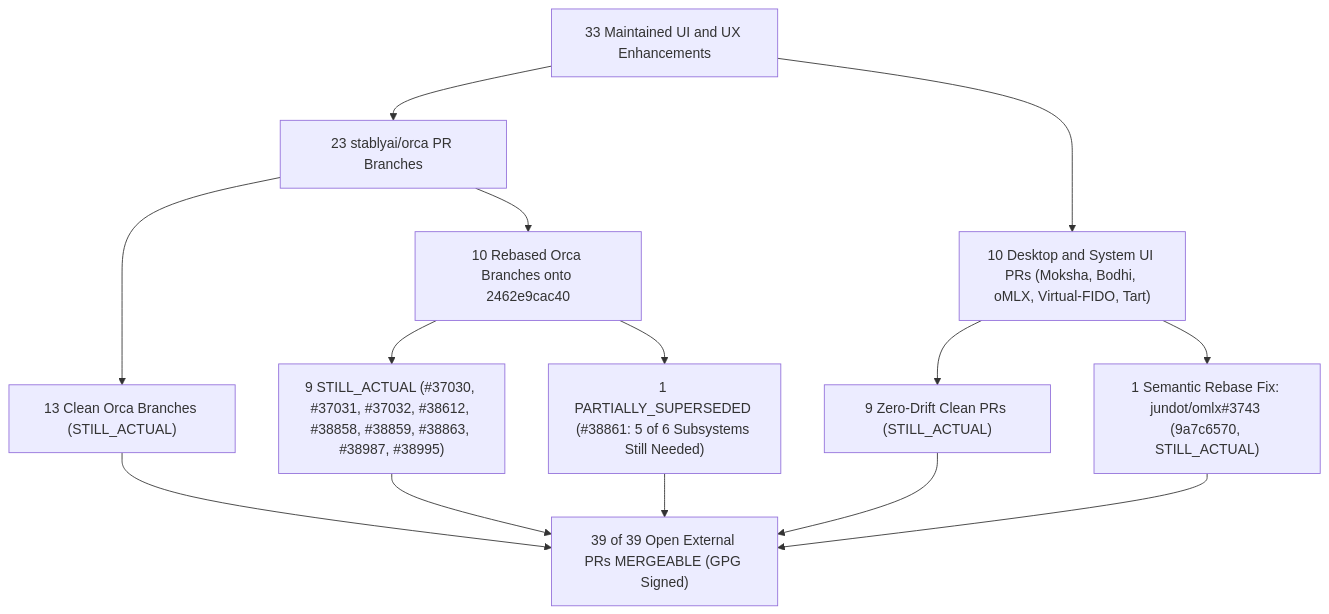
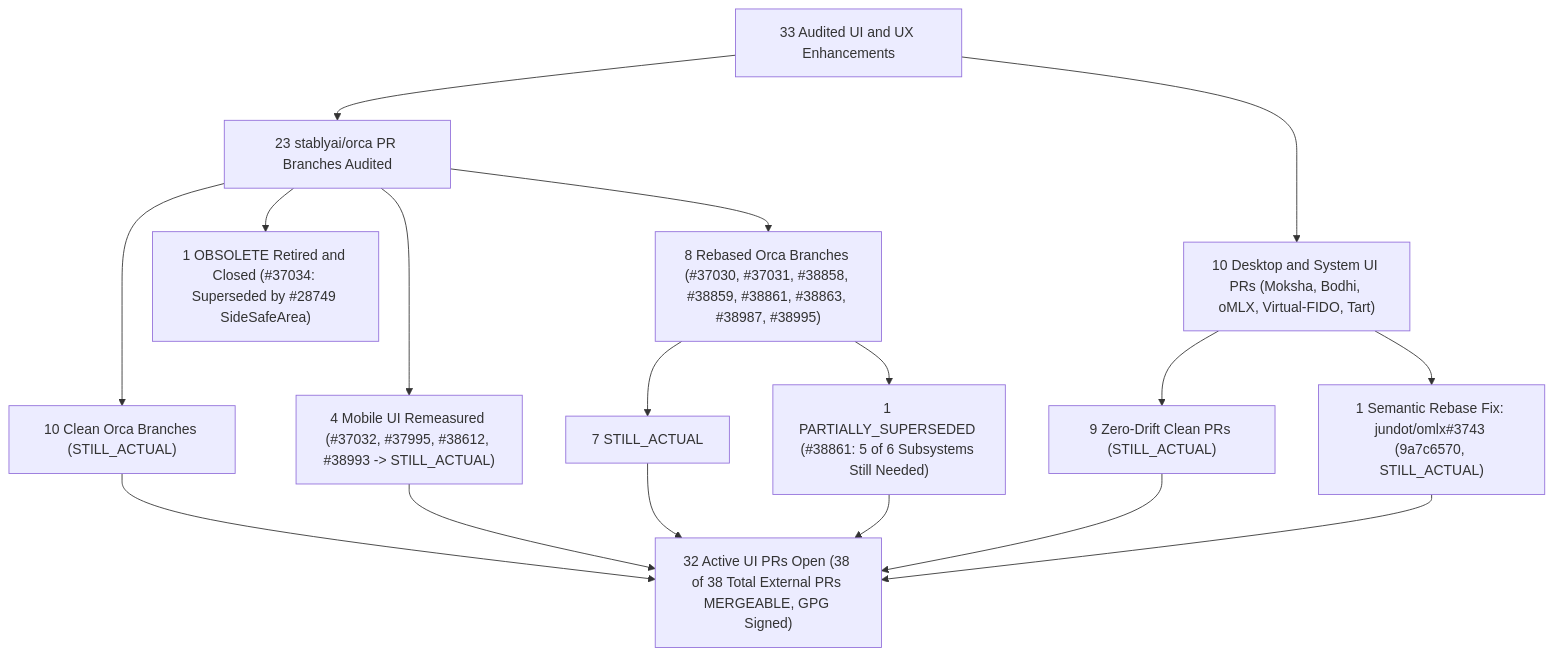
One commit to webomage/a2ui-vinext changed the first of 2 diagrams in .agents/reports/2026-11-06-ui-enhancements-actuality-and-rebase-audit.md. Above: the diagram before and after it, drawn with Mermaid. The commit also changed other lines of this file and 6 other files, not shown here.

````diff
--- a/.agents/reports/2026-11-06-ui-enhancements-actuality-and-rebase-audit.md
+++ b/.agents/reports/2026-11-06-ui-enhancements-actuality-and-rebase-audit.md
@@ -27,16 +29,19 @@
 ```mermaid
 flowchart TD
-    Pool["33 Maintained UI and UX Enhancements"] --> Orca["23 stablyai/orca PR Branches"]
+    Pool["33 Audited UI and UX Enhancements"] --> Orca["23 stablyai/orca PR Branches Audited"]
     Pool --> NonOrca["10 Desktop and System UI PRs (Moksha, Bodhi, oMLX, Virtual-FIDO, Tart)"]
-    Orca --> CleanOrca["13 Clean Orca Branches (STILL_ACTUAL)"]
-    Orca --> RebasedOrca["10 Rebased Orca Branches onto 2462e9cac40"]
-    RebasedOrca --> ActualOrca["9 STILL_ACTUAL (#37030, #37031, #37032, #38612, #38858, #38859, #38863, #38987, #38995)"]
+    Orca --> Retired["1 OBSOLETE Retired and Closed (#37034: Superseded by #28749 SideSafeArea)"]
+    Orca --> CleanOrca["10 Clean Orca Branches (STILL_ACTUAL)"]
+    Orca --> RemeasuredOrca["4 Mobile UI Remeasured (#37032, #37995, #38612, #38993 -> STILL_ACTUAL)"]
+    Orca --> RebasedOrca["8 Rebased Orca Branches (#37030, #37031, #38858, #38859, #38861, #38863, #38987, #38995)"]
+    RebasedOrca --> ActualOrca["7 STILL_ACTUAL"]
     RebasedOrca --> PartialOrca["1 PARTIALLY_SUPERSEDED (#38861: 5 of 6 Subsystems Still Needed)"]
     NonOrca --> FastFwd["9 Zero-Drift Clean PRs (STILL_ACTUAL)"]
     NonOrca --> OmlxFix["1 Semantic Rebase Fix: jundot/omlx#3743 (9a7c6570, STILL_ACTUAL)"]
-    CleanOrca --> Live["39 of 39 Open External PRs MERGEABLE (GPG Signed)"]
+    CleanOrca --> Live["32 Active UI PRs Open (38 of 38 Total External PRs MERGEABLE, GPG Signed)"]
+    RemeasuredOrca --> Live
     ActualOrca --> Live
     PartialOrca --> Live
     FastFwd --> Live
     OmlxFix --> Live
 ```
````
